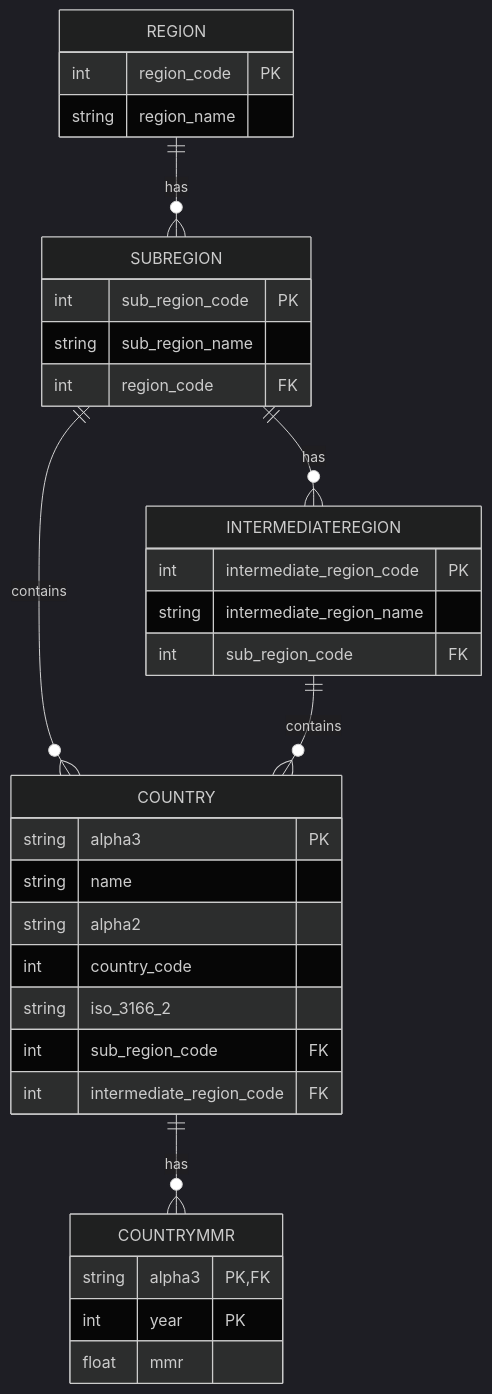
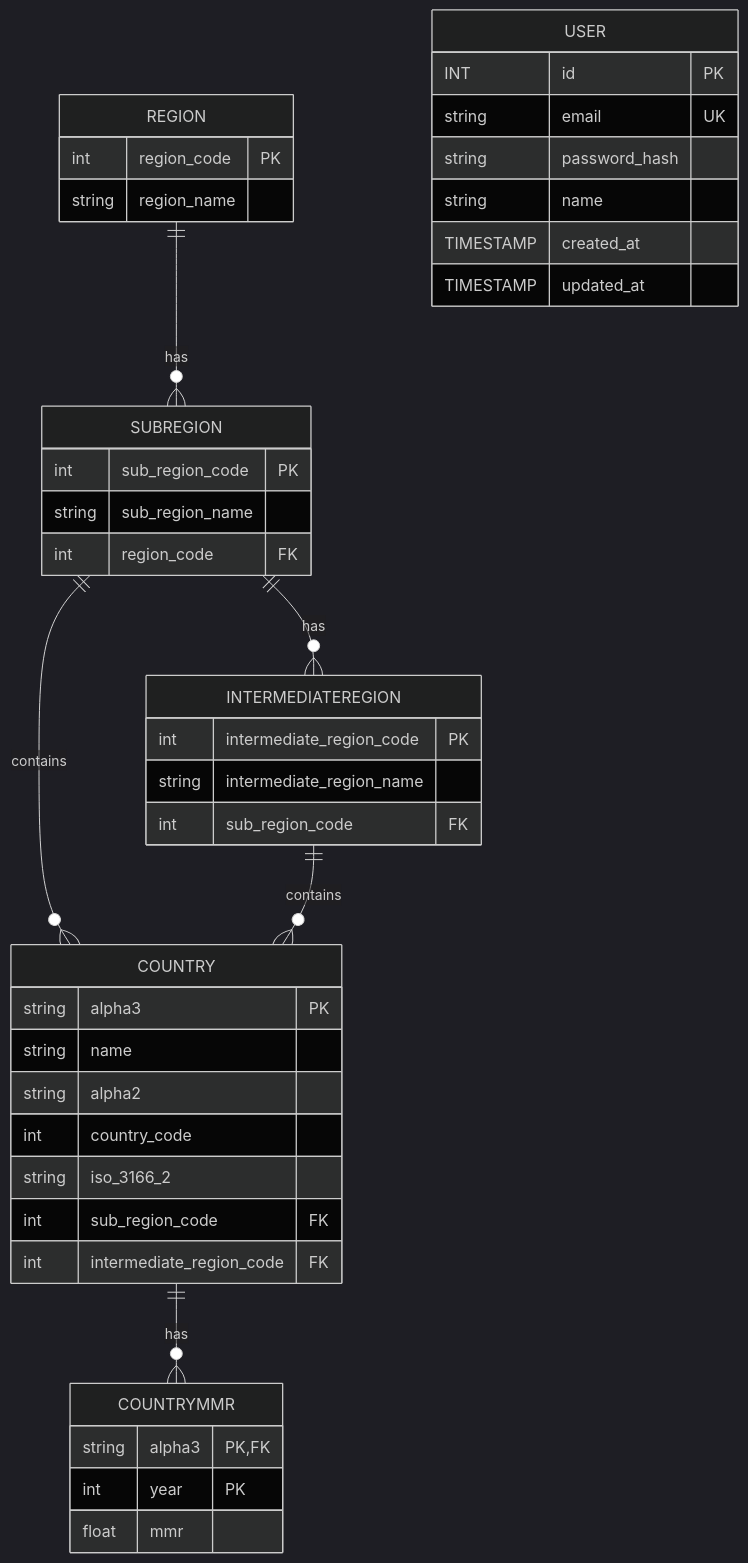
Before and after one commit to as8325973-cloud/Final: the diagram in README.md, drawn with Mermaid (dark theme). The commit also changed 7 other files, not shown here.

````diff
--- a/README.md
+++ b/README.md
@@ -42,41 +42,51 @@
 ```mermaid
 erDiagram
     REGION {
         int    region_code PK
         string region_name 
     }
 
     SUBREGION {
         int    sub_region_code PK
         string sub_region_name
         int    region_code FK
     }
 
     INTERMEDIATEREGION {
         int    intermediate_region_code PK
         string intermediate_region_name
         int    sub_region_code FK
     }
 
     COUNTRY {
         string alpha3 PK
         string name
         string alpha2
         int    country_code
         string iso_3166_2
         int    sub_region_code FK
         int    intermediate_region_code FK
     }
 
     COUNTRYMMR {
         string alpha3 PK,FK
         int    year   PK
         float  mmr
     }
 
+   USER {
+        INT id PK                
+        string email UK         
+        string password_hash    
+        string name             
+        TIMESTAMP created_at     
+        TIMESTAMP updated_at     
+    }
+
+
     REGION ||--o{ SUBREGION          : "has"
     SUBREGION ||--o{ INTERMEDIATEREGION : "has"
     SUBREGION ||--o{ COUNTRY          : "contains"
     INTERMEDIATEREGION ||--o{ COUNTRY : "contains"
     COUNTRY ||--o{ COUNTRYMMR         : "has"
 ```
````
